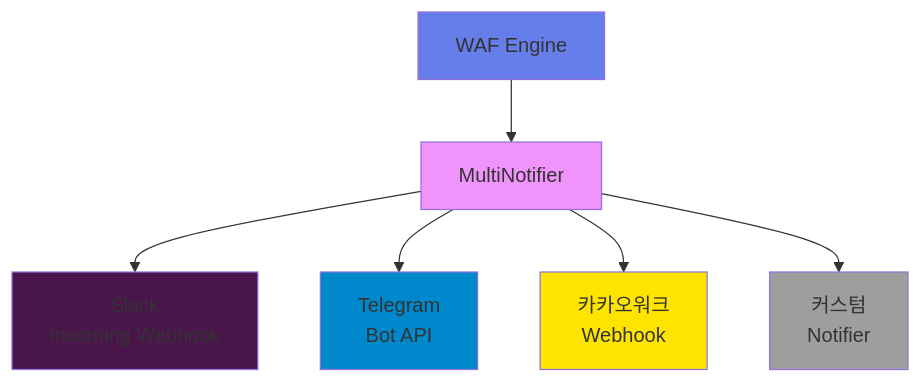
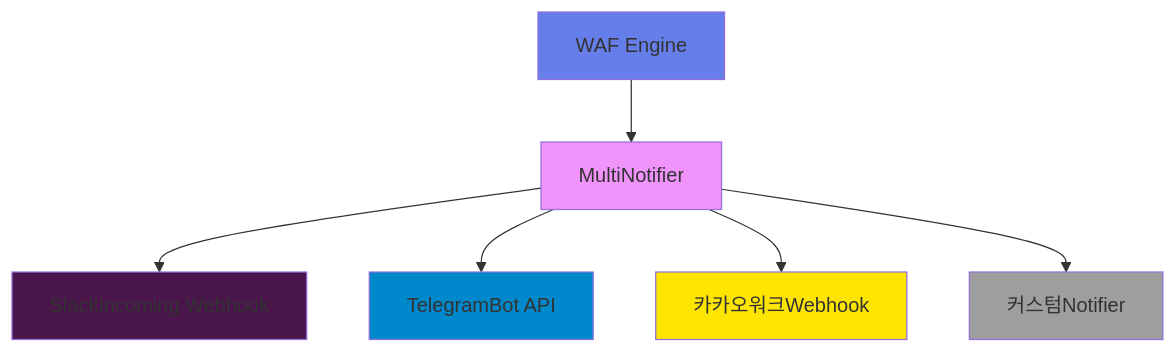
Before and after one commit to BrianChanLEE/jwt-waf: the first of 2 diagrams in docs/NOTIFICATIONS.md, drawn with Mermaid. The commit also changed other lines of this file and 3 other files, not shown here.

````diff
--- a/docs/NOTIFICATIONS.md
+++ b/docs/NOTIFICATIONS.md
@@ -7,16 +7,16 @@
 ```mermaid
 graph TB
     WAF[WAF Engine] --> Multi[MultiNotifier]
     
-    Multi --> Slack[Slack<br/>Incoming Webhook]
-    Multi --> Telegram[Telegram<br/>Bot API]
-    Multi --> Kakao[카카오워크<br/>Webhook]
-    Multi --> Custom[커스텀<br/>Notifier]
+    Multi --> Slack[SlackIncoming Webhook]
+    Multi --> Telegram[TelegramBot API]
+    Multi --> Kakao[카카오워크Webhook]
+    Multi --> Custom[커스텀Notifier]
     
     style WAF fill:#667eea
     style Multi fill:#f093fb
     style Slack fill:#4A154B
     style Telegram fill:#0088cc
     style Kakao fill:#FEE500
     style Custom fill:#9E9E9E
 ```
````
